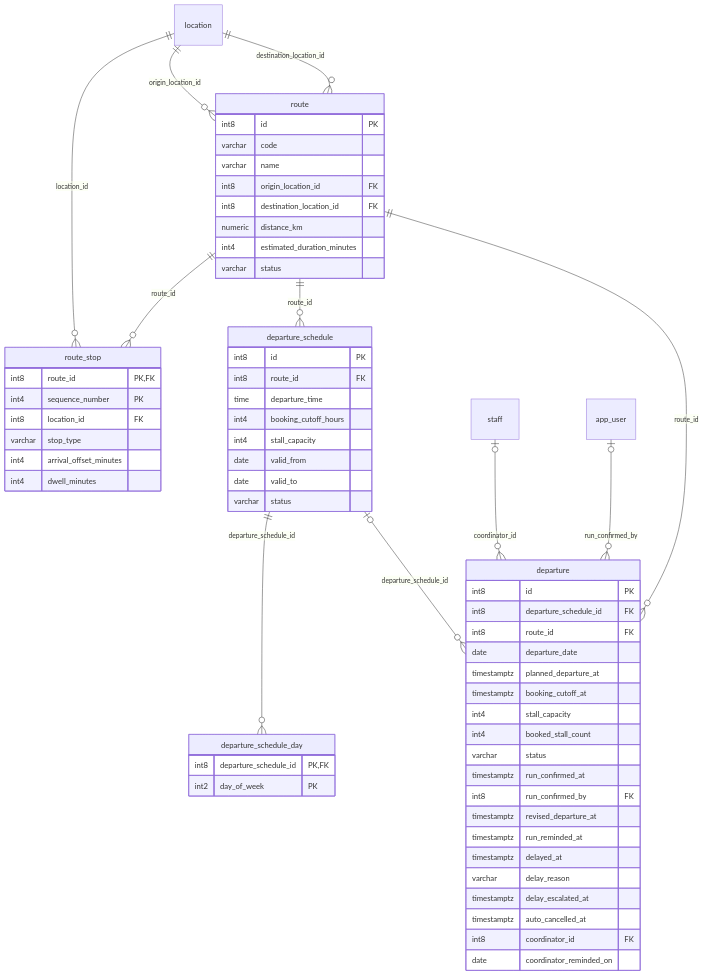
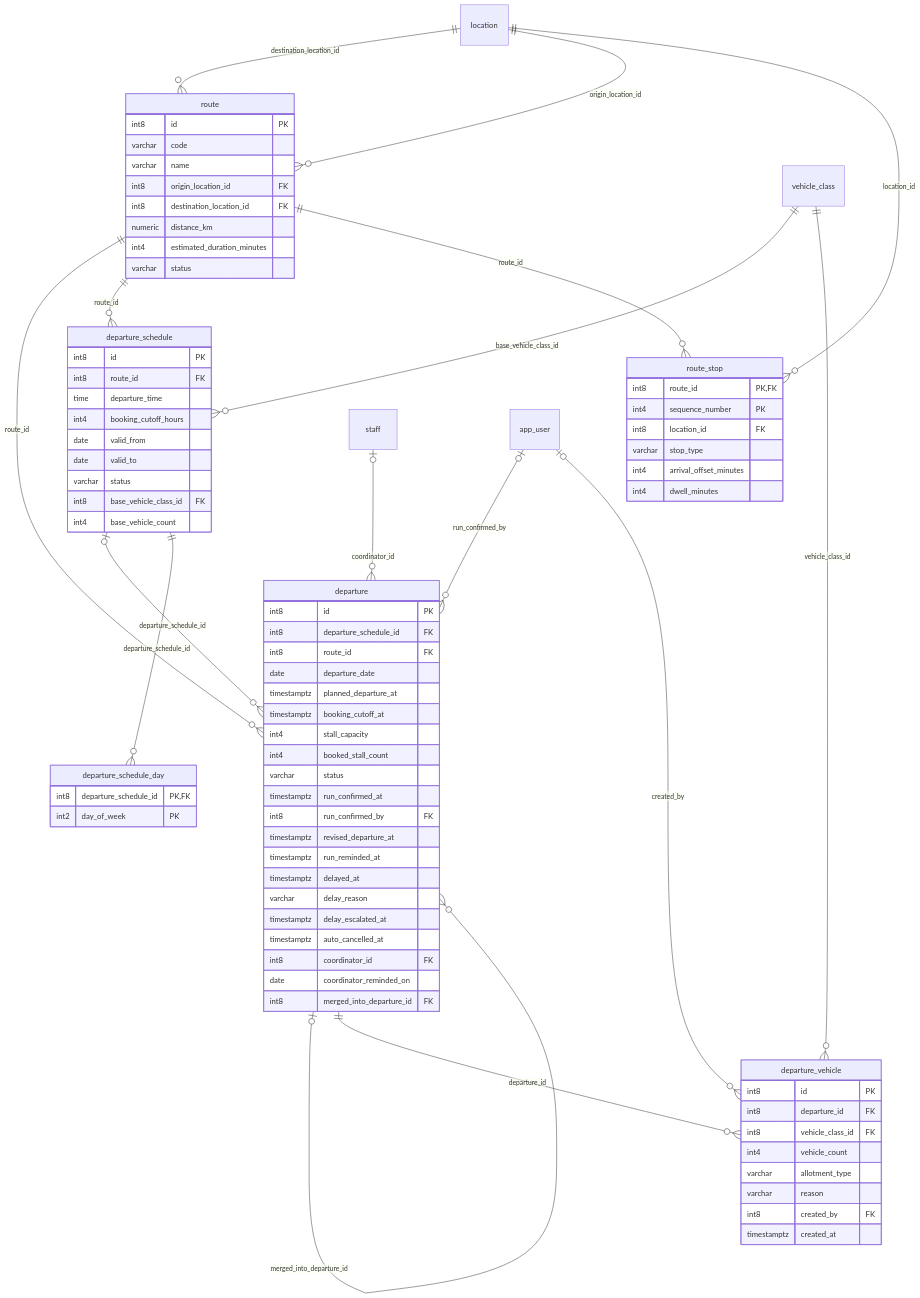
The fourth of 15 diagrams in docs/database/ERD.md (hankfwr23r2/SWP_RHT), drawn with Mermaid before and after one commit. The commit also changed other lines of this file and 3 other files, not shown here.

Commit message:
feat(departure): sinh lại hợp đồng API và ERD 64 bảng, kiểu gợi ý đổi chuyến có nhãn chỗ (M2)

```diff
--- a/docs/database/ERD.md
+++ b/docs/database/ERD.md
@@ -204,10 +204,11 @@
         int8 route_id FK
         time departure_time
         int4 booking_cutoff_hours
-        int4 stall_capacity
         date valid_from
         date valid_to
         varchar status
+        int8 base_vehicle_class_id FK
+        int4 base_vehicle_count
     }
     departure_schedule_day {
         int8 departure_schedule_id PK, FK
@@ -233,13 +234,29 @@
         timestamptz auto_cancelled_at
         int8 coordinator_id FK
         date coordinator_reminded_on
+        int8 merged_into_departure_id FK
+    }
+    departure_vehicle {
+        int8 id PK
+        int8 departure_id FK
+        int8 vehicle_class_id FK
+        int4 vehicle_count
+        varchar allotment_type
+        varchar reason
+        int8 created_by FK
+        timestamptz created_at
     }
     staff |o--o{ departure : "coordinator_id"
     departure_schedule |o--o{ departure : "departure_schedule_id"
+    departure |o--o{ departure : "merged_into_departure_id"
     route ||--o{ departure : "route_id"
     app_user |o--o{ departure : "run_confirmed_by"
+    vehicle_class ||--o{ departure_schedule : "base_vehicle_class_id"
     route ||--o{ departure_schedule : "route_id"
     departure_schedule ||--o{ departure_schedule_day : "departure_schedule_id"
+    app_user |o--o{ departure_vehicle : "created_by"
+    departure ||--o{ departure_vehicle : "departure_id"
+    vehicle_class ||--o{ departure_vehicle : "vehicle_class_id"
     location ||--o{ route : "destination_location_id"
     location ||--o{ route : "origin_location_id"
     location ||--o{ route_stop : "location_id"
```
